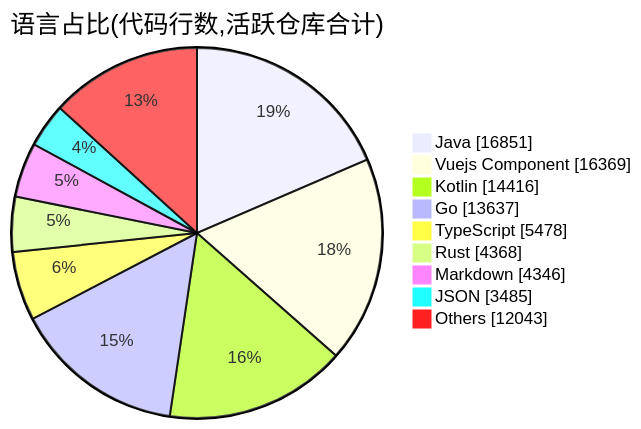
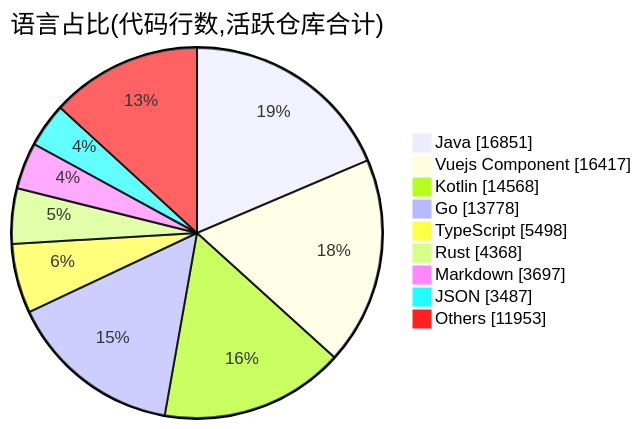
Before and after one commit to Conflux-Union/.github: the second of 2 diagrams in profile/README.md, drawn with Mermaid. The commit also changed other lines of this file and 1 other file, not shown here.

````diff
--- a/profile/README.md
+++ b/profile/README.md
@@ -74,13 +74,13 @@
 ```mermaid
 pie showData
     title 语言占比(代码行数,活跃仓库合计)
     "Java" : 16851
-    "Vuejs Component" : 16369
-    "Kotlin" : 14416
-    "Go" : 13637
-    "TypeScript" : 5478
+    "Vuejs Component" : 16417
+    "Kotlin" : 14568
+    "Go" : 13778
+    "TypeScript" : 5498
     "Rust" : 4368
-    "Markdown" : 4346
-    "JSON" : 3485
-    "Others" : 12043
+    "Markdown" : 3697
+    "JSON" : 3487
+    "Others" : 11953
 ```
````
